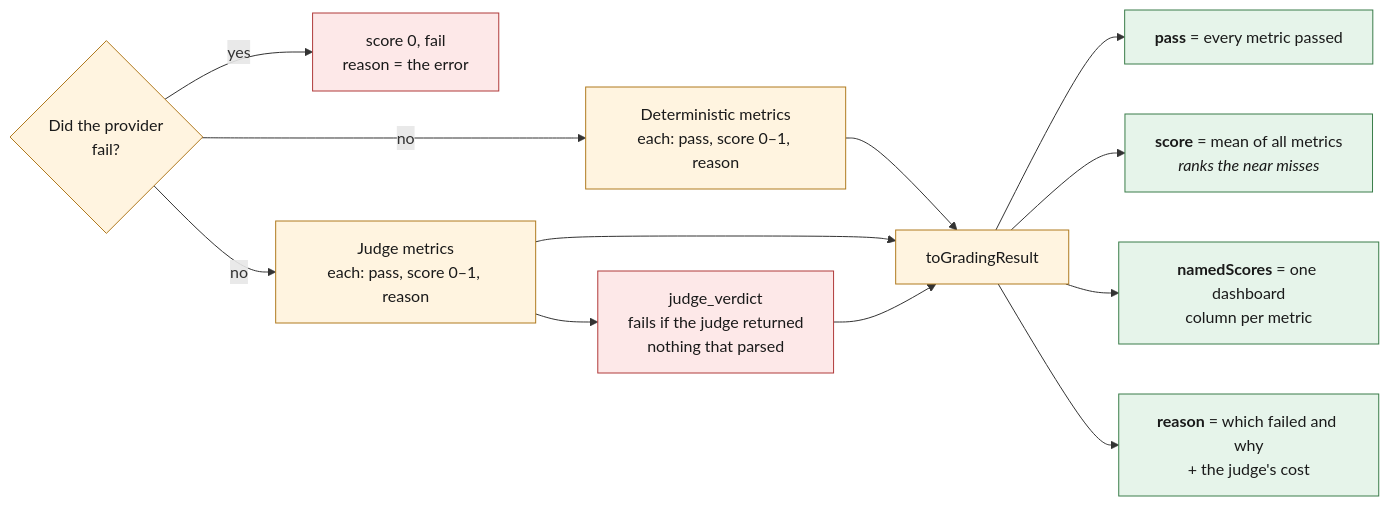
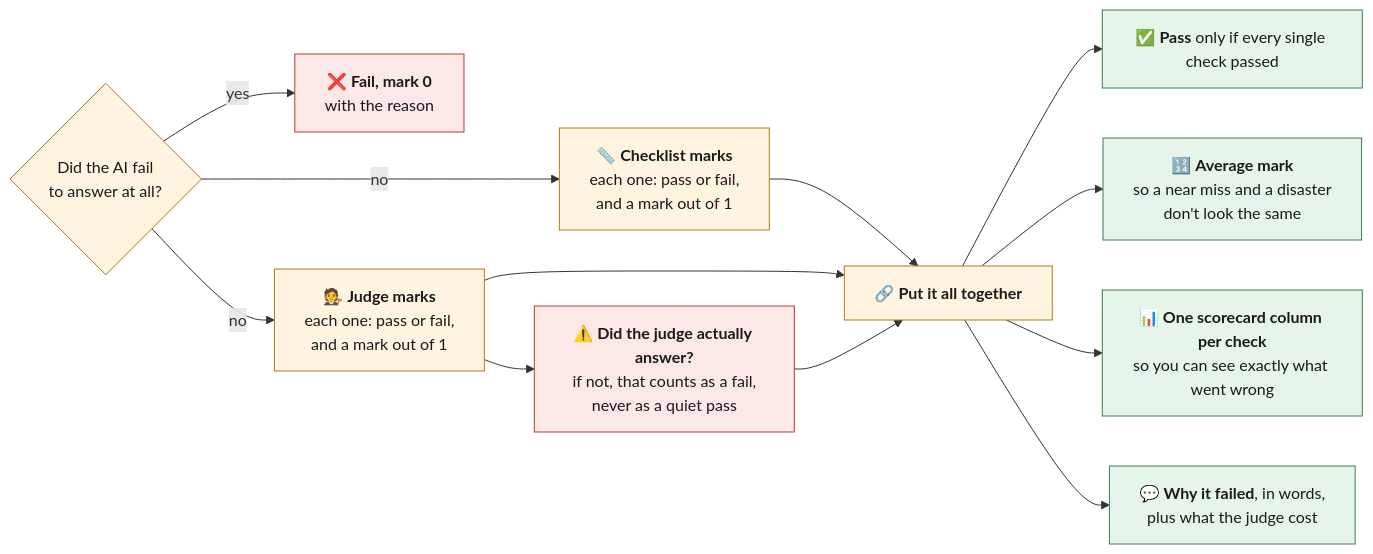
One commit to onedeeper/CookingOsEval changed the fourth of 4 diagrams in evals/DIAGRAM.md. Above: the diagram before and after it, drawn with Mermaid. The commit also changed other lines of this file and 1 other file, not shown here.

First line of the commit message:
Make the diagrams readable without a programming background

````diff
--- a/evals/DIAGRAM.md
+++ b/evals/DIAGRAM.md
@@ -170,32 +212,32 @@
 ```mermaid
 flowchart LR
-    PF{"Did the provider<br/>fail?"}
-    ZERO["score 0, fail<br/>reason = the error"]
-    M1["Deterministic metrics<br/>each: pass, score 0–1, reason"]
-    M2["Judge metrics<br/>each: pass, score 0–1, reason"]
-    JV["judge_verdict<br/>fails if the judge returned<br/>nothing that parsed"]
-    TGR["toGradingResult"]
-    PASS["<b>pass</b> = every metric passed"]
-    SCORE["<b>score</b> = mean of all metrics<br/><i>ranks the near misses</i>"]
-    NAMED["<b>namedScores</b> = one dashboard<br/>column per metric"]
-    REASON["<b>reason</b> = which failed and why<br/>+ the judge's cost"]
+    BROKE{"Did the AI fail<br/>to answer at all?"}
+    ZERO["❌ <b>Fail, mark 0</b><br/>with the reason"]
+    CHECKS["📏 <b>Checklist marks</b><br/>each one: pass or fail,<br/>and a mark out of 1"]
+    JUDGEM["🧑‍⚖️ <b>Judge marks</b><br/>each one: pass or fail,<br/>and a mark out of 1"]
+    SILENT["⚠️ <b>Did the judge actually answer?</b><br/>if not, that counts as a fail,<br/>never as a quiet pass"]
+    ALL["🔗 <b>Put it all together</b>"]
+    PASS["✅ <b>Pass</b> only if every single check passed"]
+    SCORE["🔢 <b>Average mark</b><br/>so a near miss and a disaster<br/>don't look the same"]
+    COLS["📊 <b>One scorecard column per check</b><br/>so you can see exactly what went wrong"]
+    WHY["💬 <b>Why it failed</b>, in words,<br/>plus what the judge cost"]
 
-    PF -- yes --> ZERO
-    PF -- no --> M1
-    PF -- no --> M2
-    M2 --> JV
-    M1 --> TGR
-    M2 --> TGR
-    JV --> TGR
-    TGR --> PASS
-    TGR --> SCORE
-    TGR --> NAMED
-    TGR --> REASON
+    BROKE -- yes --> ZERO
+    BROKE -- no --> CHECKS
+    BROKE -- no --> JUDGEM
+    JUDGEM --> SILENT
+    CHECKS --> ALL
+    JUDGEM --> ALL
+    SILENT --> ALL
+    ALL --> PASS
+    ALL --> SCORE
+    ALL --> COLS
+    ALL --> WHY
 
     classDef step fill:#fff4e0,stroke:#b07a1f,color:#1a1a1a
     classDef output fill:#e6f4ea,stroke:#3a7d4a,color:#1a1a1a
     classDef warn fill:#fde8e8,stroke:#b03a3a,color:#1a1a1a
-    class PF,M1,M2,TGR step
-    class PASS,SCORE,NAMED,REASON output
-    class ZERO,JV warn
+    class BROKE,CHECKS,JUDGEM,ALL step
+    class PASS,SCORE,COLS,WHY output
+    class ZERO,SILENT warn
 ```
````
